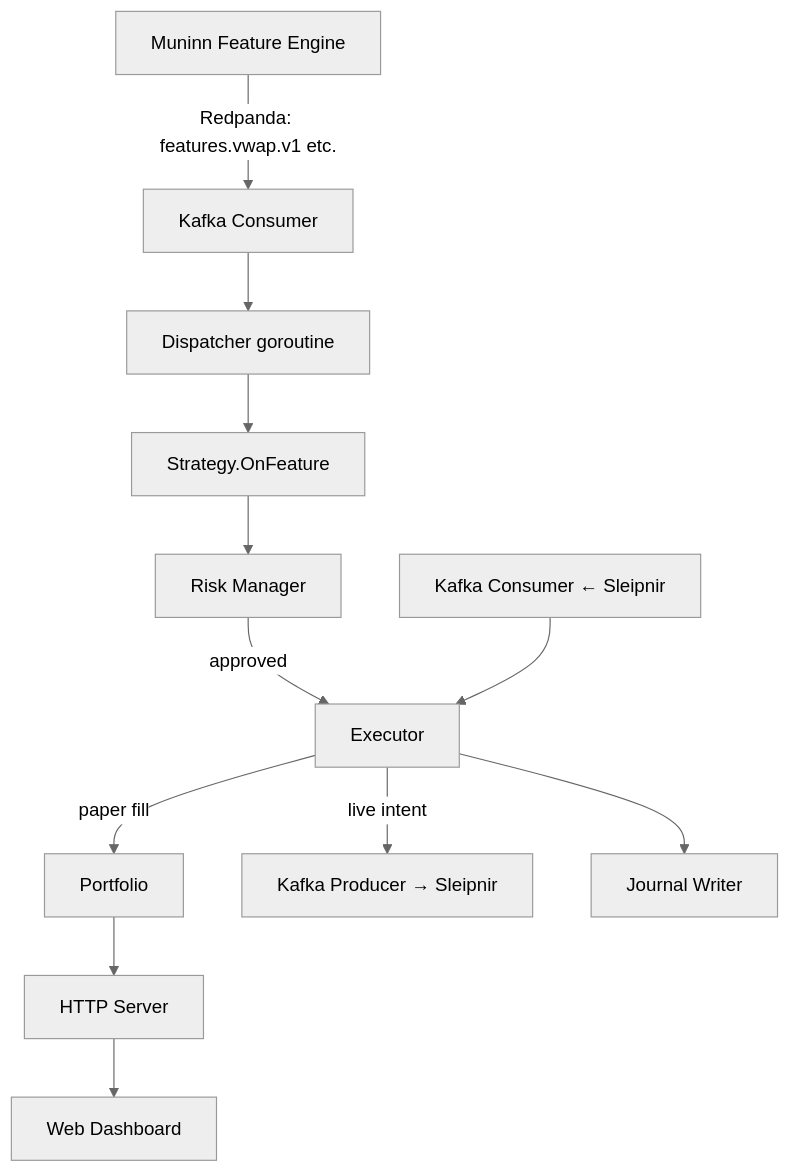
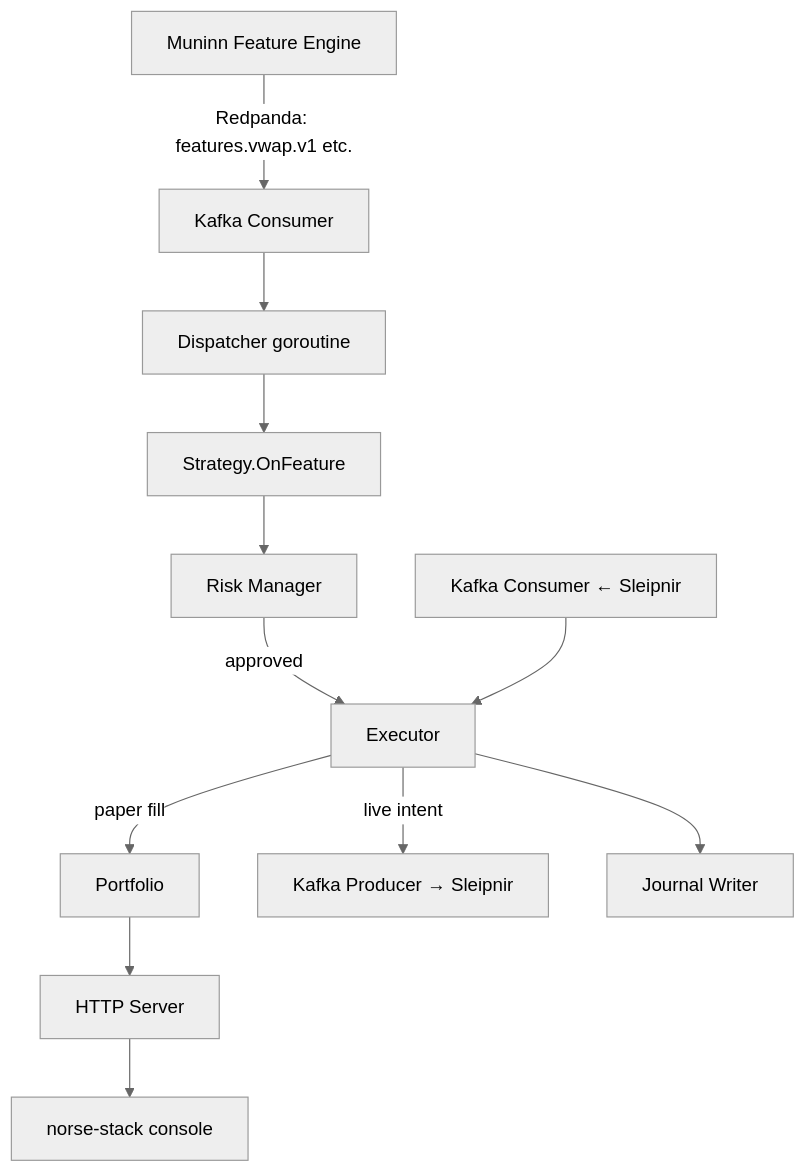
The diagram in docs/architecture.md (lgreene03/huginn), drawn with Mermaid (neutral theme) before and after one commit. The commit also changed other lines of this file and 45 other files, not shown here.

````diff
--- a/docs/architecture.md
+++ b/docs/architecture.md
@@ -5,14 +5,14 @@
 ```mermaid
 graph TD
     M[Muninn Feature Engine] -->|Redpanda: features.vwap.v1 etc.| K[Kafka Consumer]
     K --> D[Dispatcher goroutine]
     D --> ST[Strategy.OnFeature]
     ST --> R[Risk Manager]
     R -->|approved| E[Executor]
     E -->|paper fill| P[Portfolio]
     E -->|live intent| KP[Kafka Producer → Sleipnir]
     KF[Kafka Consumer ← Sleipnir] --> E
     E --> J[Journal Writer]
     P --> SRV[HTTP Server]
-    SRV --> UI[Web Dashboard]
+    SRV --> UI[norse-stack console]
 ```
````
